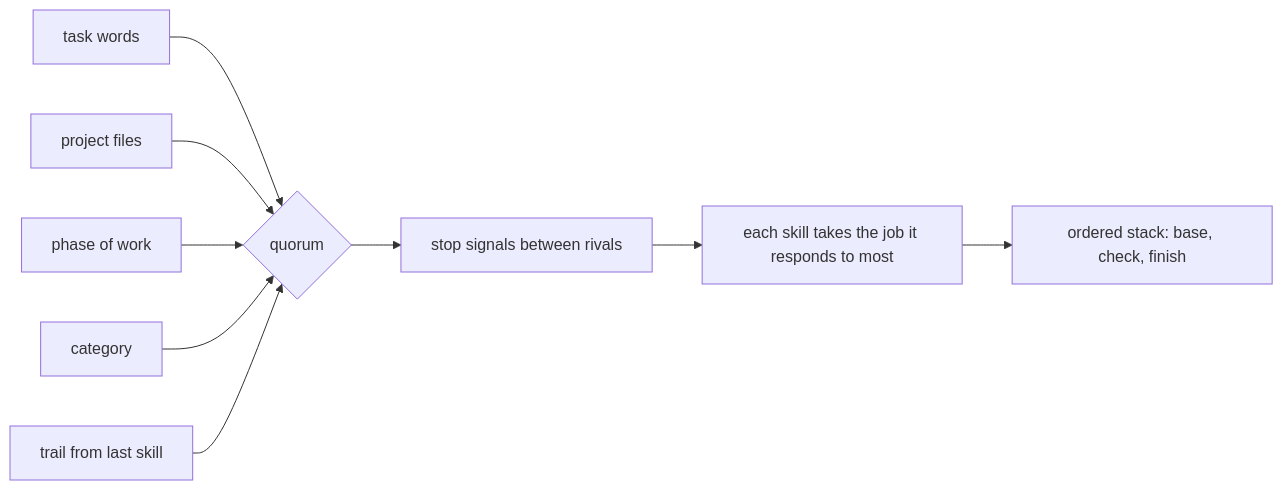
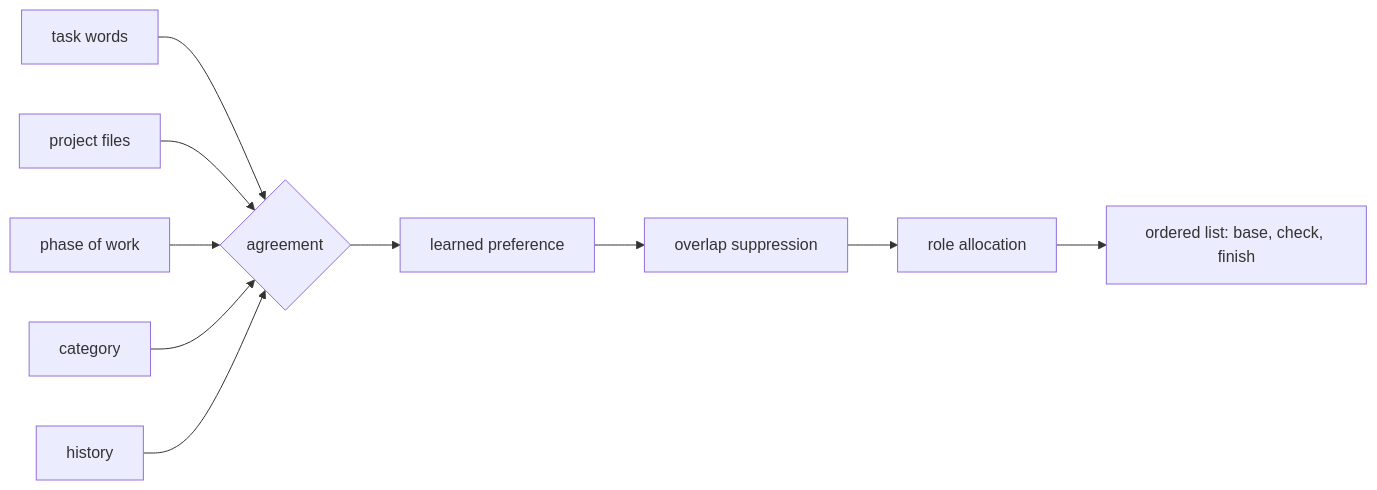
One commit to siddu1004/SFP changed the second of 2 diagrams in README.md. Above: the diagram before and after it, drawn with Mermaid. The commit also changed other lines of this file and 60 other files, not shown here.

````diff
--- a/README.md
+++ b/README.md
@@ -229,11 +278,12 @@
 ```mermaid
 flowchart LR
-  T[task words] --> Q{quorum}
-  P[project files] --> Q
-  J[phase of work] --> Q
-  C[category] --> Q
-  H[trail from last skill] --> Q
-  Q --> S[stop signals between rivals]
-  S --> R[each skill takes the job it responds to most]
-  R --> K[ordered stack: base, check, finish]
+  T[task words] --> A{agreement}
+  P[project files] --> A
+  J[phase of work] --> A
+  C[category] --> A
+  H[history] --> A
+  A --> L[learned preference]
+  L --> O[overlap suppression]
+  O --> R[role allocation]
+  R --> K[ordered list: base, check, finish]
 ```
````
